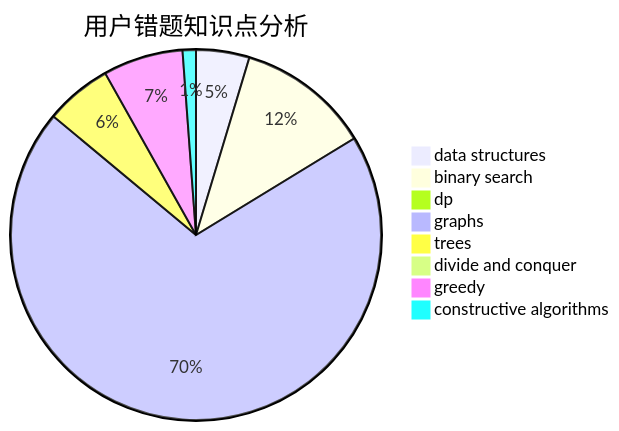
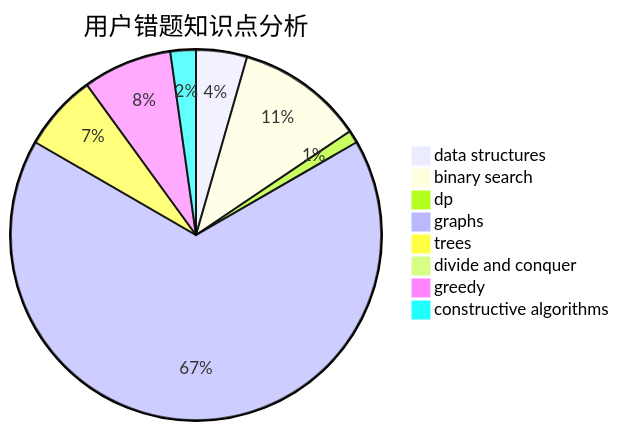
Before and after one commit to sherpahu/cfrs.github.io: the third of 3 diagrams in docs/user/u1584.md, drawn with Mermaid. The commit also changed other lines of this file and 2770 other files, not shown here.

````diff
--- a/docs/user/u1584.md
+++ b/docs/user/u1584.md
@@ -36,11 +36,11 @@
 ```mermaid
 pie title 用户错题知识点分析
     "data structures" :  4
     "binary search" :  10
-    "dp" :  0
+    "dp" :  1
     "graphs" :  60
-    "trees" :  5
+    "trees" :  6
     "divide and conquer" :  0
-    "greedy" :  6
-    "constructive algorithms" :  1
+    "greedy" :  7
+    "constructive algorithms" :  2
 ```
````
